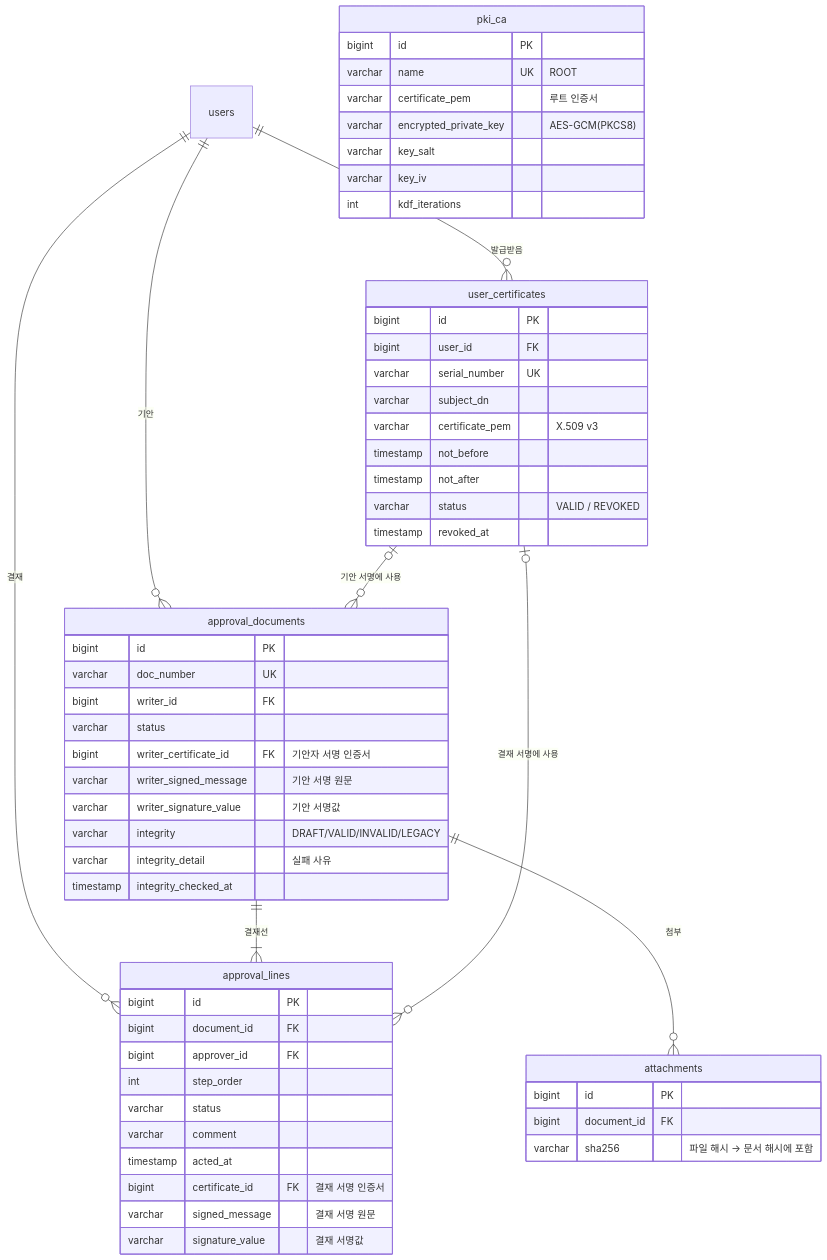
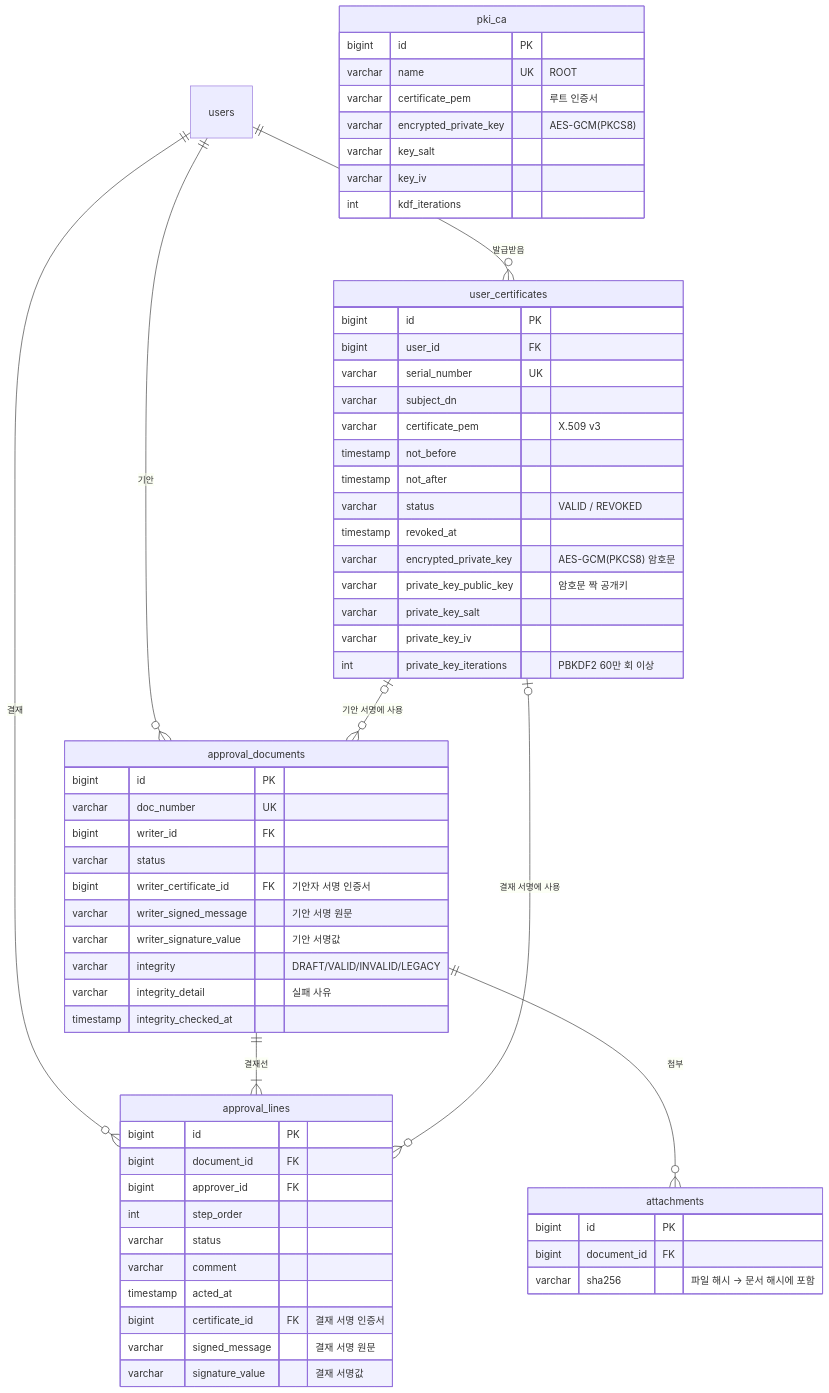
One commit to bora120/approval-system changed the second of 5 diagrams in docs/e-signature-design.md. Above: the diagram before and after it, drawn with Mermaid. The commit also changed other lines of this file and 34 other files, not shown here.

````diff
--- a/docs/e-signature-design.md
+++ b/docs/e-signature-design.md
@@ -46,60 +51,65 @@
 ```mermaid
 erDiagram
   users ||--o{ user_certificates : "발급받음"
   users ||--o{ approval_documents : "기안"
   users ||--o{ approval_lines : "결재"
   approval_documents ||--|{ approval_lines : "결재선"
   approval_documents ||--o{ attachments : "첨부"
   user_certificates |o--o{ approval_documents : "기안 서명에 사용"
   user_certificates |o--o{ approval_lines : "결재 서명에 사용"
 
   pki_ca {
     bigint id PK
     varchar name UK "ROOT"
     varchar certificate_pem "루트 인증서"
     varchar encrypted_private_key "AES-GCM(PKCS8)"
     varchar key_salt
     varchar key_iv
     int kdf_iterations
   }
   user_certificates {
     bigint id PK
     bigint user_id FK
     varchar serial_number UK
     varchar subject_dn
     varchar certificate_pem "X.509 v3"
     timestamp not_before
     timestamp not_after
     varchar status "VALID / REVOKED"
     timestamp revoked_at
+    varchar encrypted_private_key "AES-GCM(PKCS8) 암호문"
+    varchar private_key_public_key "암호문 짝 공개키"
+    varchar private_key_salt
+    varchar private_key_iv
+    int private_key_iterations "PBKDF2 60만 회 이상"
   }
   approval_documents {
     bigint id PK
     varchar doc_number UK
     bigint writer_id FK
     varchar status
     bigint writer_certificate_id FK "기안자 서명 인증서"
     varchar writer_signed_message "기안 서명 원문"
     varchar writer_signature_value "기안 서명값"
     varchar integrity "DRAFT/VALID/INVALID/LEGACY"
     varchar integrity_detail "실패 사유"
     timestamp integrity_checked_at
   }
   approval_lines {
     bigint id PK
     bigint document_id FK
     bigint approver_id FK
     int step_order
     varchar status
     varchar comment
     timestamp acted_at
     bigint certificate_id FK "결재 서명 인증서"
     varchar signed_message "결재 서명 원문"
     varchar signature_value "결재 서명값"
   }
   attachments {
     bigint id PK
     bigint document_id FK
     varchar sha256 "파일 해시 → 문서 해시에 포함"
   }
 ```
````
